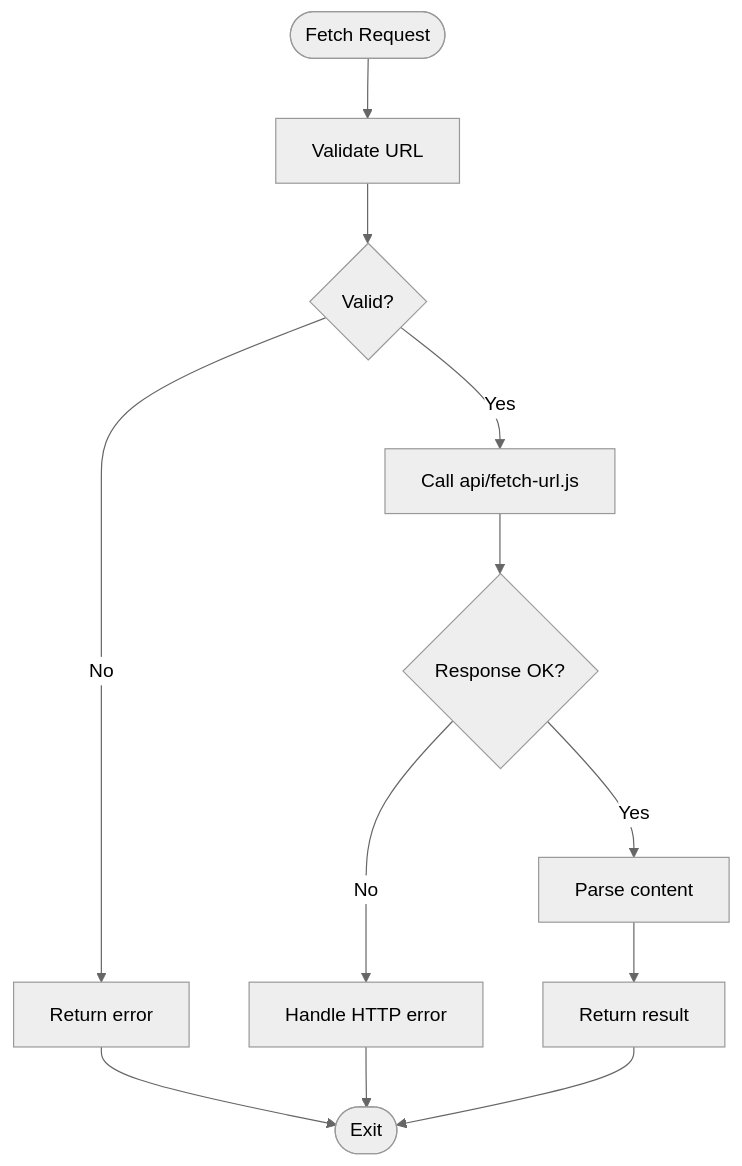
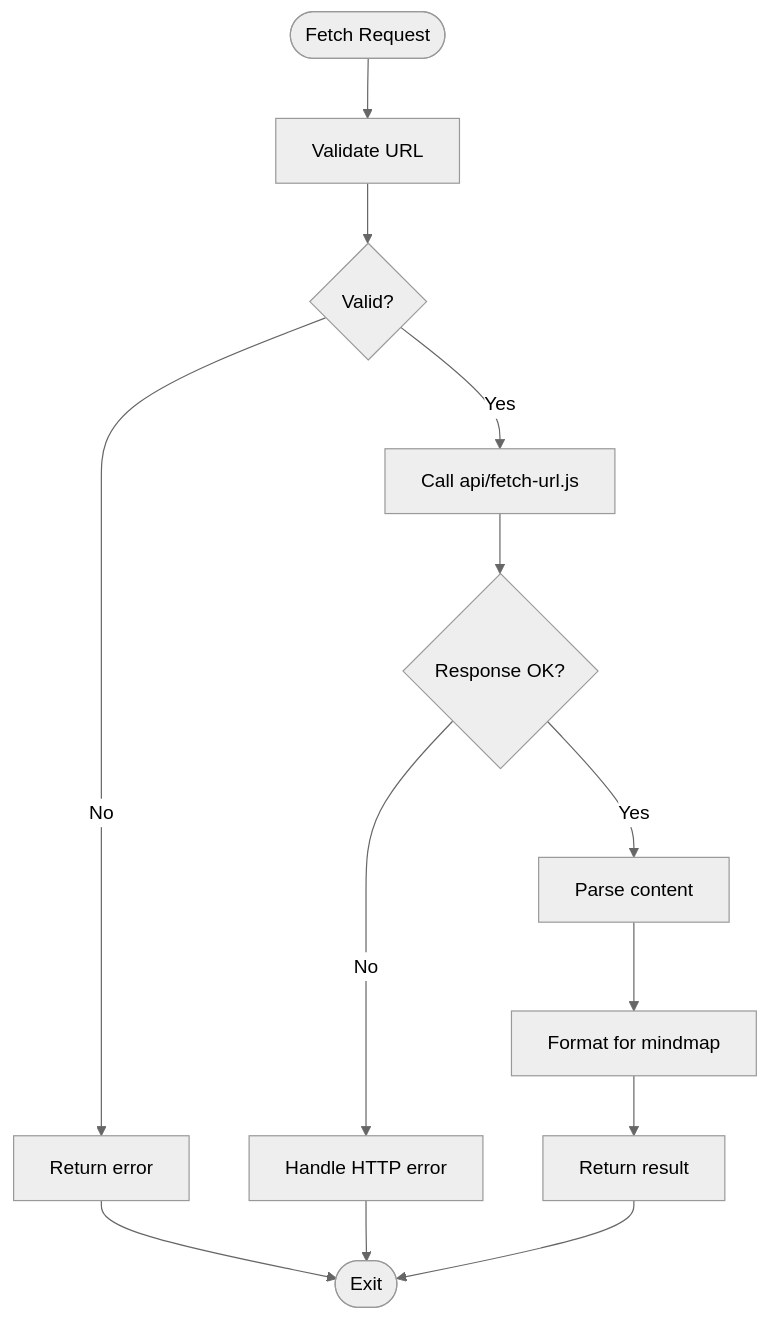
Before and after one commit to zmyeo54/briefroom: the eighth of 10 diagrams in .qoder/repowiki/en/content/Core Features/Mindmap Visualization.md, drawn with Mermaid (neutral theme). The commit also changed other lines of this file and 32 other files, not shown here.

````diff
--- a/.qoder/repowiki/en/content/Core Features/Mindmap Visualization.md
+++ b/.qoder/repowiki/en/content/Core Features/Mindmap Visualization.md
@@ -398,14 +484,15 @@
 ```mermaid
 flowchart TD
 Start(["Fetch Request"]) --> Validate["Validate URL"]
 Validate --> Valid{"Valid?"}
 Valid --> |No| Error["Return error"]
 Valid --> |Yes| CallAPI["Call api/fetch-url.js"]
 CallAPI --> Response{"Response OK?"}
 Response --> |No| HandleErr["Handle HTTP error"]
 Response --> |Yes| Parse["Parse content"]
-Parse --> Return["Return result"]
+Parse --> FormatData["Format for mindmap"]
+FormatData --> Return["Return result"]
 Error --> End(["Exit"])
 HandleErr --> End
 Return --> End
 ```
````
